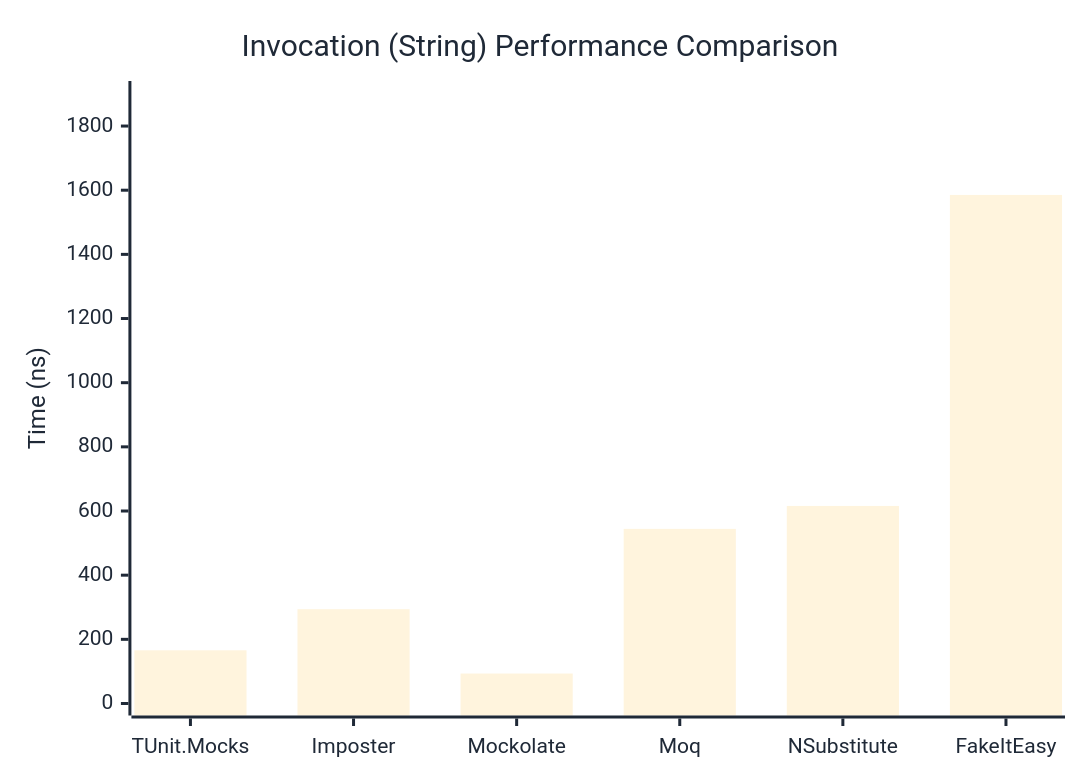
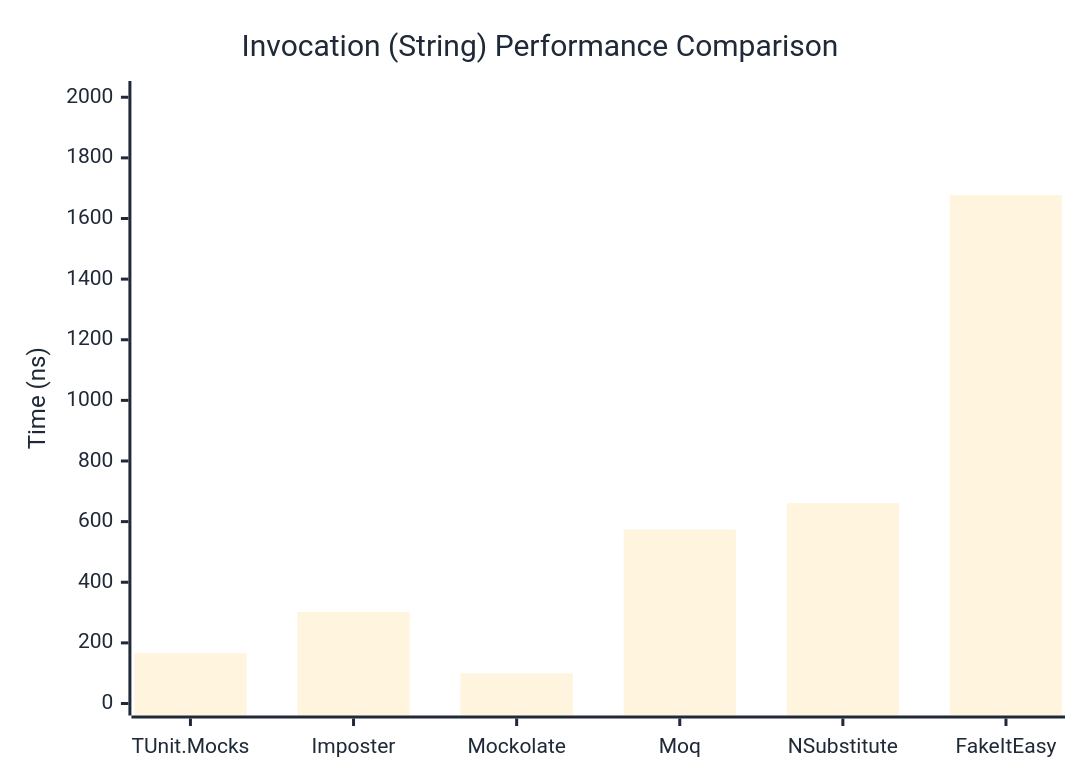
Before and after one commit to thomhurst/TUnit: the second of 3 diagrams in docs/docs/benchmarks/mocks/Invocation.md, drawn with Mermaid. The commit also changed other lines of this file and 14 other files, not shown here.

````diff
--- a/docs/docs/benchmarks/mocks/Invocation.md
+++ b/docs/docs/benchmarks/mocks/Invocation.md
@@ -71,27 +71,27 @@
 ```mermaid
 %%{init: {
   'theme':'base',
   'themeVariables': {
     'primaryColor': '#2563eb',
     'primaryTextColor': '#1f2937',
     'primaryBorderColor': '#1e40af',
     'lineColor': '#6b7280',
     'secondaryColor': '#7c3aed',
     'tertiaryColor': '#dc2626',
     'background': '#ffffff',
     'pie1': '#2563eb',
     'pie2': '#7c3aed',
     'pie3': '#dc2626',
     'pie4': '#f59e0b',
     'pie5': '#10b981',
     'pie6': '#06b6d4',
     'pie7': '#ec4899',
     'pie8': '#6366f1'
   }
 }}%%
 xychart-beta
   title "Invocation (String) Performance Comparison"
   x-axis ["TUnit.Mocks", "Imposter", "Mockolate", "Moq", "NSubstitute", "FakeItEasy"]
-  y-axis "Time (ns)" 0 --> 1903
-  bar [165.84, 294.01, 93.4, 544.33, 615.83, 1585.26]
+  y-axis "Time (ns)" 0 --> 2014
+  bar [166.28, 301.58, 99.12, 573.48, 660.88, 1677.56]
 ```
````
